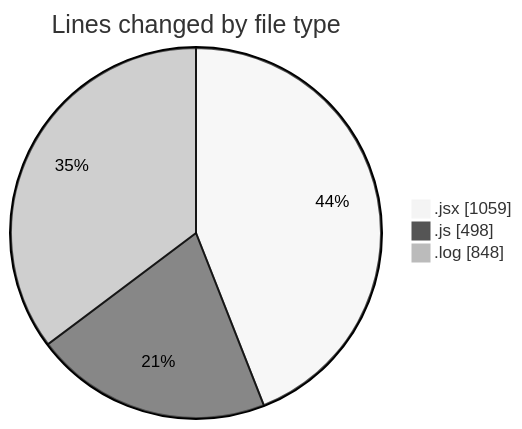
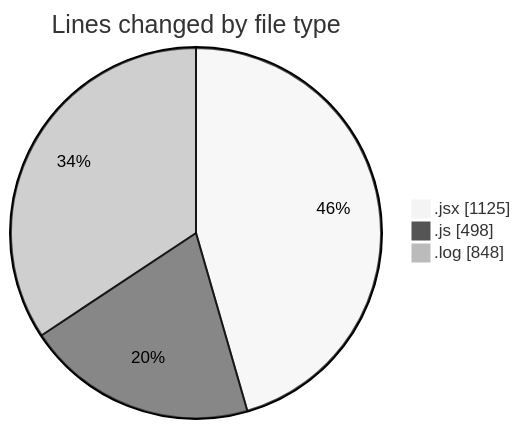
Before and after one commit to nxtqubesakshisongat/code-tracking: the first of 2 diagrams in 2025-12-14/nxtqube_webapp/README.md, drawn with Mermaid (neutral theme). The commit also changed other lines of this file and 1 other file, not shown here.

````diff
--- a/2025-12-14/nxtqube_webapp/README.md
+++ b/2025-12-14/nxtqube_webapp/README.md
@@ -27,7 +28,7 @@
 ```mermaid
 pie showData
 title Lines changed by file type
-".jsx" : 1059
+".jsx" : 1125
 ".js" : 498
 ".log" : 848
 ```
````
